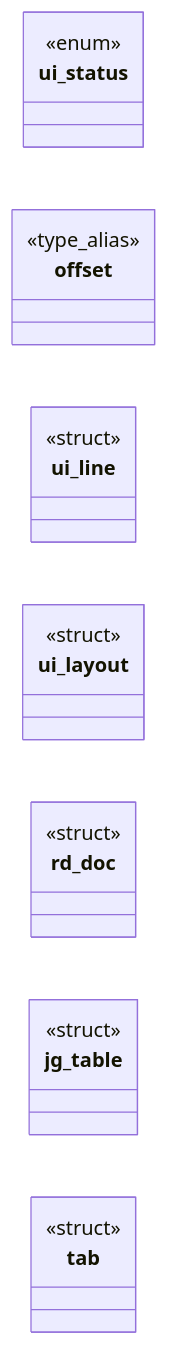
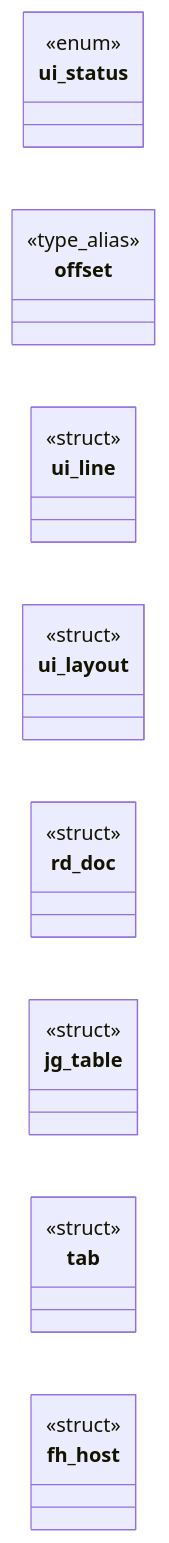
The diagram in readmenator-apidocs/modules/include.ui.h.md (grisuno/FreeDom), drawn with Mermaid before and after one commit. The commit also changed other lines of this file and 236 other files, not shown here.

````diff
--- a/readmenator-apidocs/modules/include.ui.h.md
+++ b/readmenator-apidocs/modules/include.ui.h.md
@@ -14,18 +14,20 @@
 ```mermaid
 classDiagram
     direction LR
     class ui_status
     <<enum>> ui_status
     class offset
     <<type_alias>> offset
     class ui_line
     <<struct>> ui_line
     class ui_layout
     <<struct>> ui_layout
     class rd_doc
     <<struct>> rd_doc
     class jg_table
     <<struct>> jg_table
     class tab
     <<struct>> tab
+    class fh_host
+    <<struct>> fh_host
 ```
````
